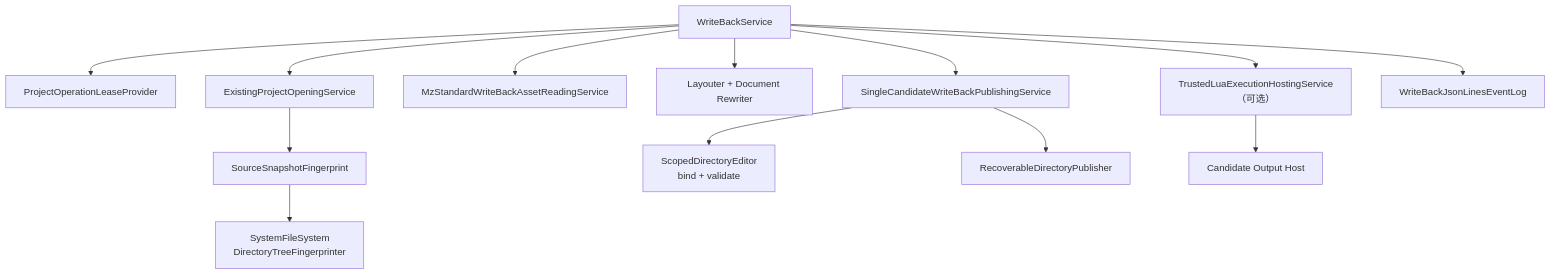
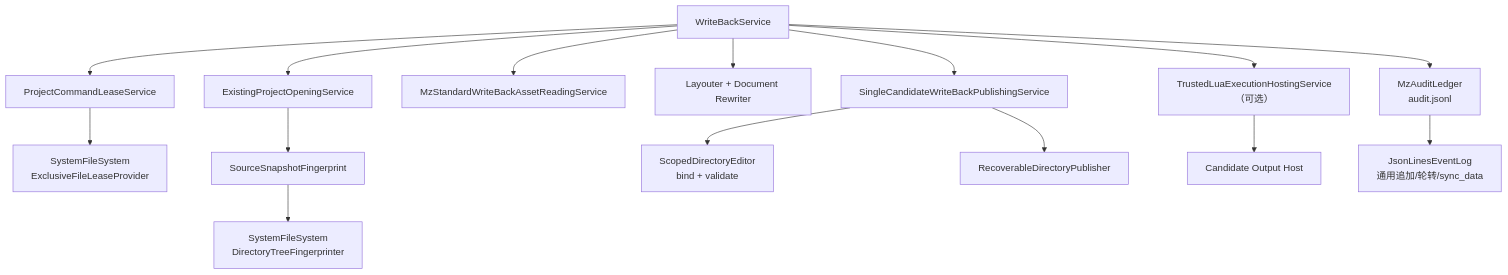
The diagram in docs/specs/mz-write-back.md (OYcedar/att-mz), drawn with Mermaid before and after one commit. The commit also changed other lines of this file and 65 other files, not shown here.

````diff
--- a/docs/specs/mz-write-back.md
+++ b/docs/specs/mz-write-back.md
@@ -101,15 +104,17 @@
 ```mermaid
 flowchart TD
-    WB["WriteBackService"] --> LEASE["ProjectOperationLeaseProvider"]
+    WB["WriteBackService"] --> LEASE["ProjectCommandLeaseService"]
+    LEASE --> FLEASE["SystemFileSystem<br/>ExclusiveFileLeaseProvider"]
     WB --> OPEN["ExistingProjectOpeningService"]
     OPEN --> FP["SourceSnapshotFingerprint"]
     FP --> FPFS["SystemFileSystem<br/>DirectoryTreeFingerprinter"]
     WB --> READ["MzStandardWriteBackAssetReadingService"]
     WB --> PLAN["Layouter + Document Rewriter"]
     WB --> PUB["SingleCandidateWriteBackPublishingService"]
     PUB --> EDIT["ScopedDirectoryEditor<br/>bind + validate"]
     PUB --> DIR["RecoverableDirectoryPublisher"]
     WB --> LUA["TrustedLuaExecutionHostingService（可选）"]
     LUA --> OUT["Candidate Output Host"]
-    WB --> LOG["WriteBackJsonLinesEventLog"]
+    WB --> AUDIT["MzAuditLedger<br/>audit.jsonl"]
+    AUDIT --> JSONL["JsonLinesEventLog<br/>通用追加/轮转/sync_data"]
 ```
````
